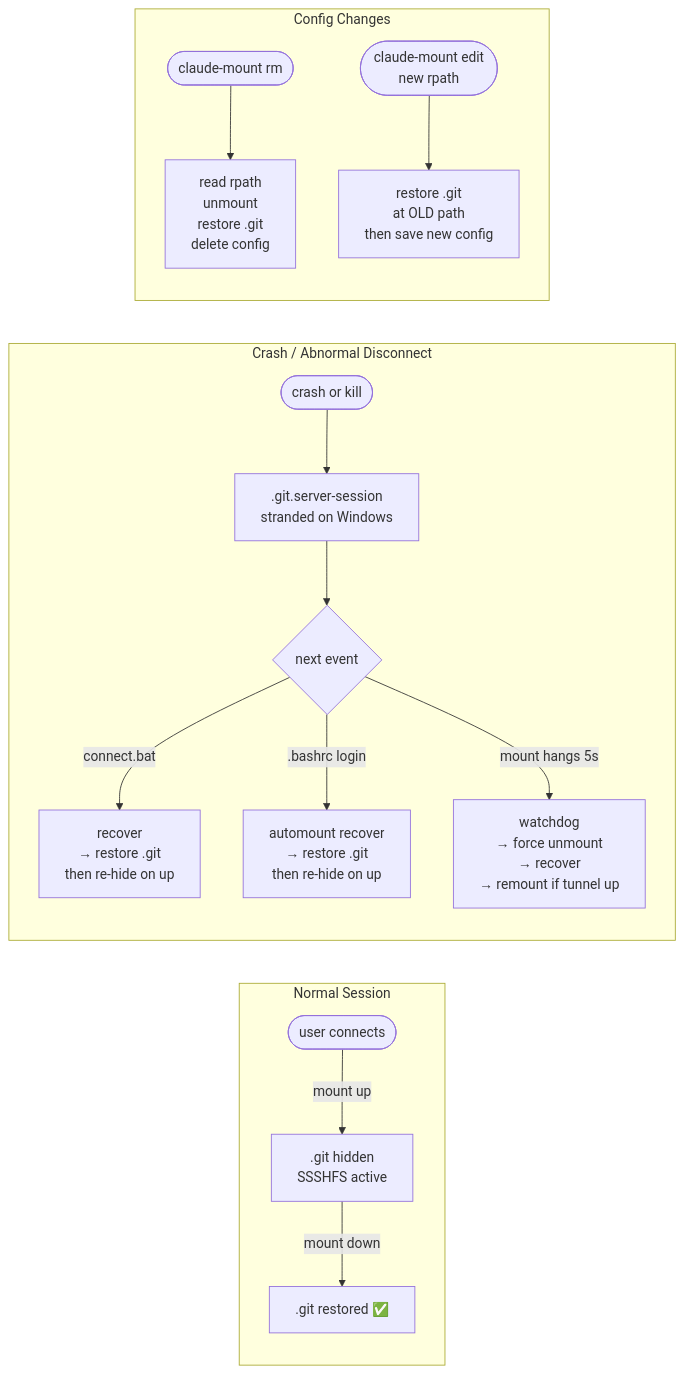
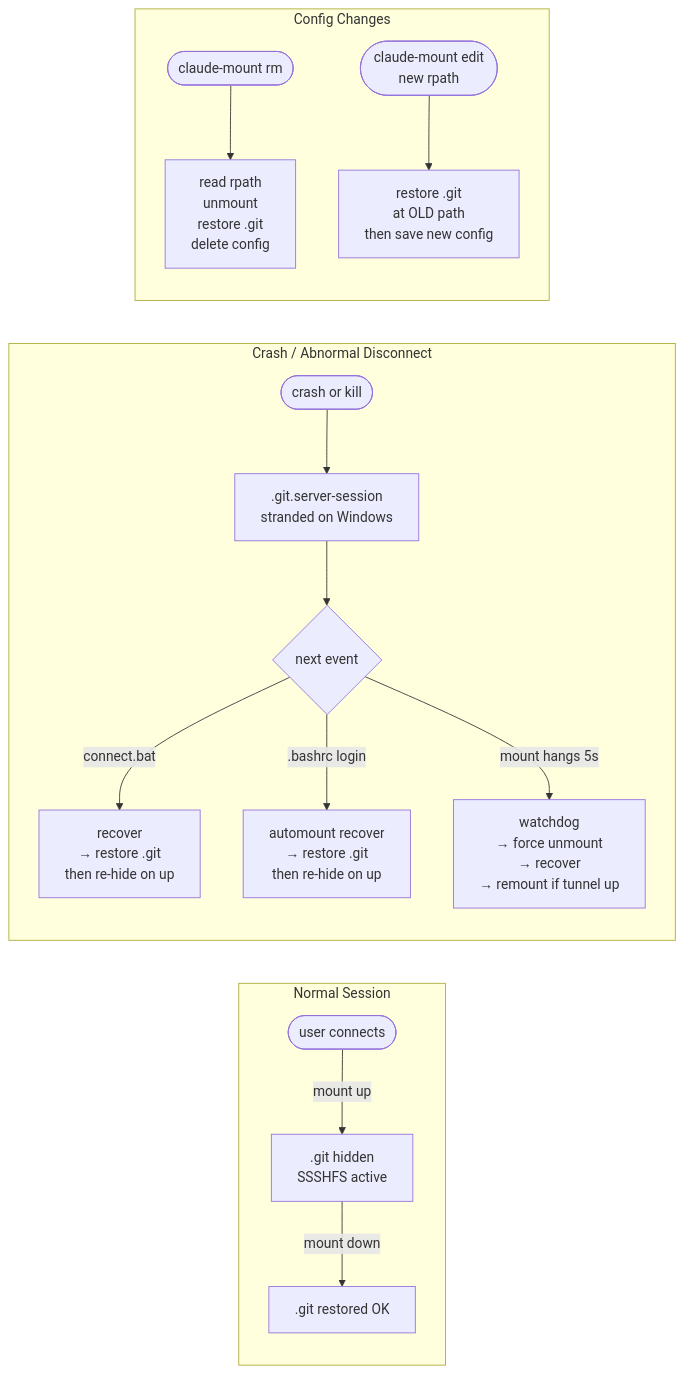
One commit to MmdNzhd/Claude-Server changed the third of 5 diagrams in docs/sshfs-performance.md. Above: the diagram before and after it, drawn with Mermaid. The commit also changed other lines of this file and 74 other files, not shown here.

````diff
--- a/docs/sshfs-performance.md
+++ b/docs/sshfs-performance.md
@@ -80,21 +80,21 @@
 ```mermaid
 flowchart LR
     subgraph HAPPY["Normal Session"]
         S1([user connects]) -->|mount up| H1[.git hidden\nSSSHFS active]
-        H1 -->|mount down| R1[.git restored ✅]
+        H1 -->|mount down| R1[.git restored OK]
     end
 
     subgraph CRASH["Crash / Abnormal Disconnect"]
         S2([crash or kill]) --> C1[".git.server-session\nstranded on Windows"]
         C1 --> T1{next event}
 
         T1 -->|connect.bat| P1["recover\n→ restore .git\nthen re-hide on up"]
         T1 -->|.bashrc login| P2["automount recover\n→ restore .git\nthen re-hide on up"]
         T1 -->|mount hangs 5s| P3["watchdog\n→ force unmount\n→ recover\n→ remount if tunnel up"]
     end
 
     subgraph CONFIG["Config Changes"]
         S3([claude-mount rm]) --> Q1[read rpath\nunmount\nrestore .git\ndelete config]
         S4([claude-mount edit\nnew rpath]) --> Q2[restore .git\nat OLD path\nthen save new config]
     end
 ```
````
